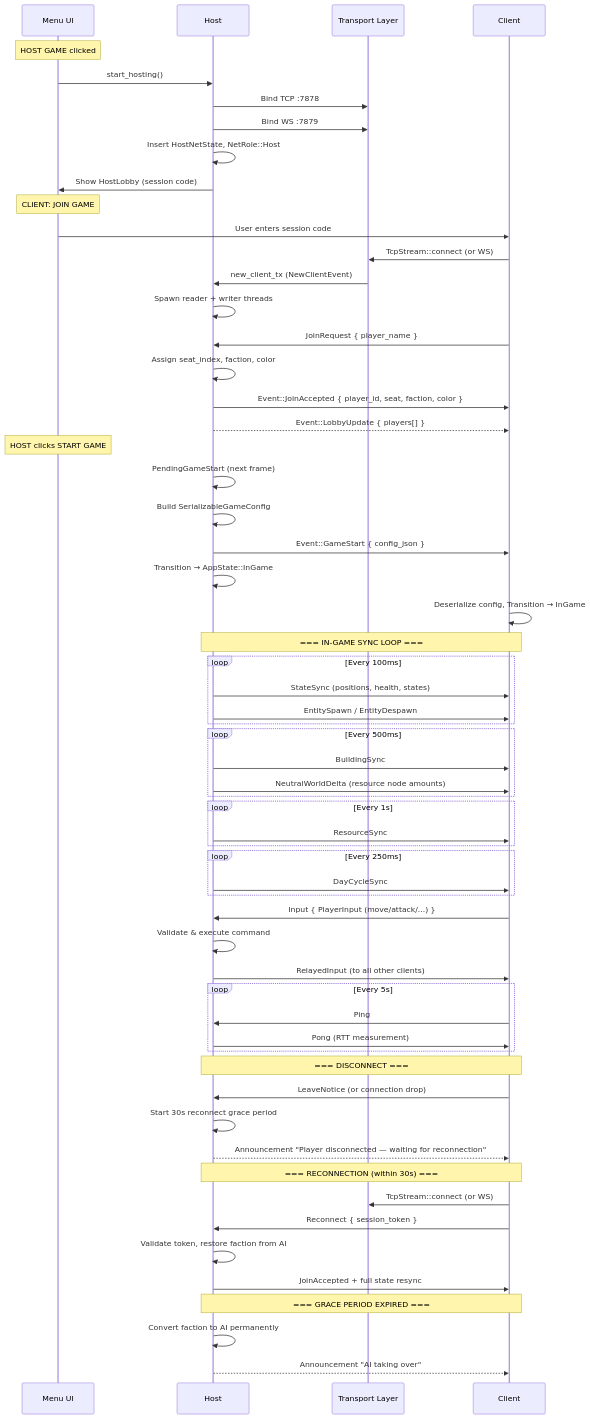
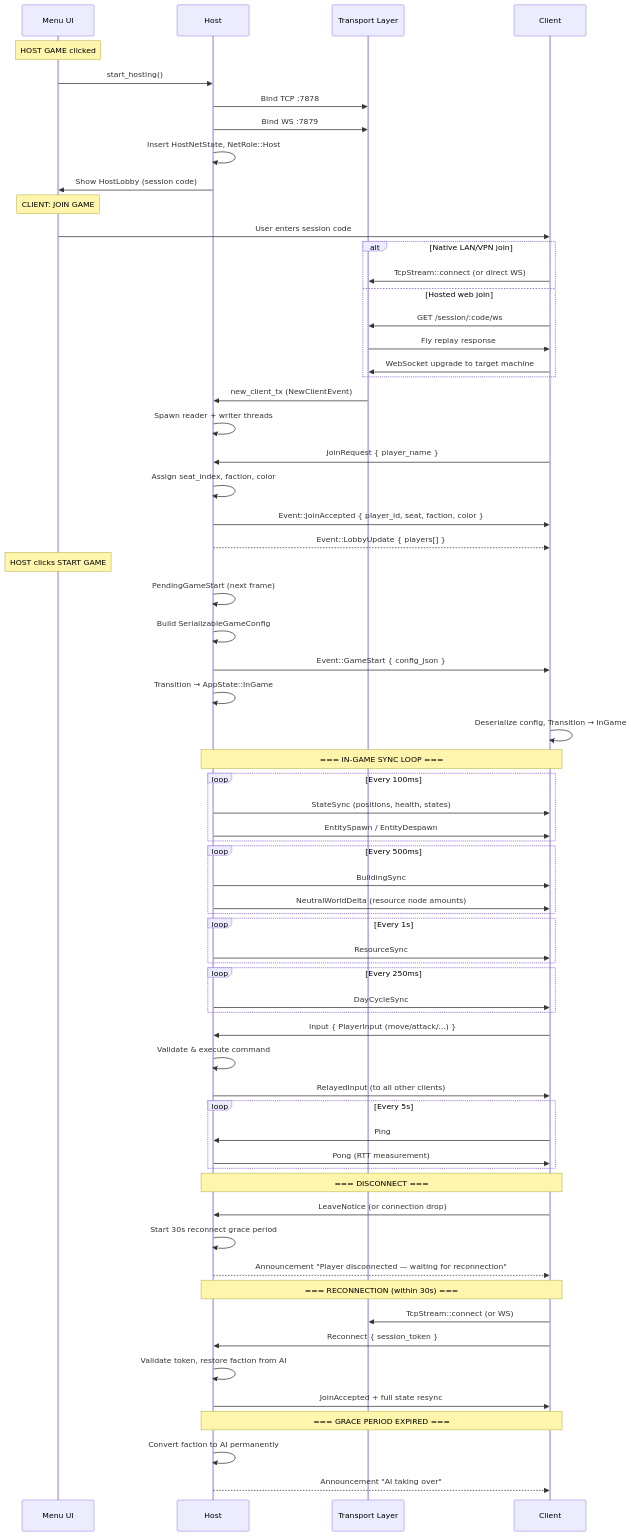
One commit to pashaydev/RTS changed the third of 11 diagrams in docs/multiplayer-architecture.md. Above: the diagram before and after it, drawn with Mermaid. The commit also changed other lines of this file, not shown here.

Commit message:
update lan doc

````diff
--- a/docs/multiplayer-architecture.md
+++ b/docs/multiplayer-architecture.md
@@ -107,76 +115,82 @@
 ```mermaid
 sequenceDiagram
     participant UI as Menu UI
     participant Host as Host
     participant Transport as Transport Layer
     participant Client as Client
 
     Note over UI: HOST GAME clicked
     UI->>Host: start_hosting()
     Host->>Transport: Bind TCP :7878
     Host->>Transport: Bind WS :7879
     Host->>Host: Insert HostNetState, NetRole::Host
     Host->>UI: Show HostLobby (session code)
 
     Note over UI: CLIENT: JOIN GAME
     UI->>Client: User enters session code
-    Client->>Transport: TcpStream::connect (or WS)
+    alt Native LAN/VPN join
+        Client->>Transport: TcpStream::connect (or direct WS)
+    else Hosted web join
+        Client->>Transport: GET /session/:code/ws
+        Transport->>Client: Fly replay response
+        Client->>Transport: WebSocket upgrade to target machine
+    end
     Transport->>Host: new_client_tx (NewClientEvent)
     Host->>Host: Spawn reader + writer threads
 
     Client->>Host: JoinRequest { player_name }
     Host->>Host: Assign seat_index, faction, color
     Host->>Client: Event::JoinAccepted { player_id, seat, faction, color }
     Host-->>Client: Event::LobbyUpdate { players[] }
 
     Note over UI: HOST clicks START GAME
     Host->>Host: PendingGameStart (next frame)
     Host->>Host: Build SerializableGameConfig
     Host->>Client: Event::GameStart { config_json }
     Host->>Host: Transition → AppState::InGame
     Client->>Client: Deserialize config, Transition → InGame
 
     Note over Host,Client: === IN-GAME SYNC LOOP ===
 
     loop Every 100ms
         Host->>Client: StateSync (positions, health, states)
         Host->>Client: EntitySpawn / EntityDespawn
     end
 
     loop Every 500ms
         Host->>Client: BuildingSync
         Host->>Client: NeutralWorldDelta (resource node amounts)
     end
 
     loop Every 1s
         Host->>Client: ResourceSync
     end
 
     loop Every 250ms
         Host->>Client: DayCycleSync
     end
 
     Client->>Host: Input { PlayerInput (move/attack/...) }
     Host->>Host: Validate & execute command
     Host->>Client: RelayedInput (to all other clients)
 
     loop Every 5s
         Client->>Host: Ping
         Host->>Client: Pong (RTT measurement)
     end
 
     Note over Host,Client: === DISCONNECT ===
     Client->>Host: LeaveNotice (or connection drop)
     Host->>Host: Start 30s reconnect grace period
     Host-->>Client: Announcement "Player disconnected — waiting for reconnection"
 
     Note over Host,Client: === RECONNECTION (within 30s) ===
     Client->>Transport: TcpStream::connect (or WS)
     Client->>Host: Reconnect { session_token }
     Host->>Host: Validate token, restore faction from AI
     Host->>Client: JoinAccepted + full state resync
 
     Note over Host,Client: === GRACE PERIOD EXPIRED ===
     Host->>Host: Convert faction to AI permanently
     Host-->>Client: Announcement "AI taking over"
 ```
````
